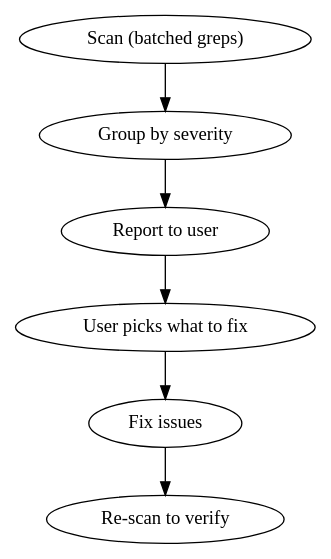
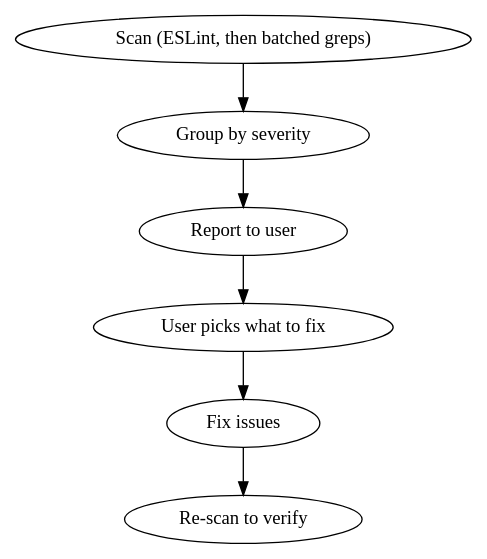
Before and after one commit to TicketSolutionsPtyLtd/roadie: the diagram in skills/audit/SKILL.md, drawn with Graphviz. The commit also changed other lines of this file and 1 other file, not shown here.

First line of the commit message:
docs(skills): the audit's lint steps cover legacy configs, apps with no ESLint, and icons re-exported from the app (INNO-1126)

````diff
--- a/skills/audit/SKILL.md
+++ b/skills/audit/SKILL.md
@@ -51,9 +54,9 @@
 ```dot
 digraph audit {
-  "Scan (batched greps)" -> "Group by severity";
+  "Scan (ESLint, then batched greps)" -> "Group by severity";
   "Group by severity" -> "Report to user";
   "Report to user" -> "User picks what to fix";
   "User picks what to fix" -> "Fix issues";
   "Fix issues" -> "Re-scan to verify";
 }
 ```
````
